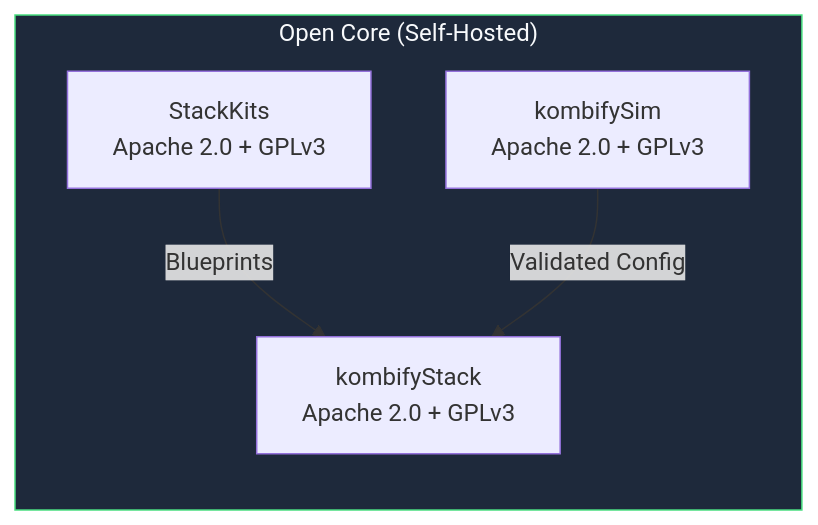
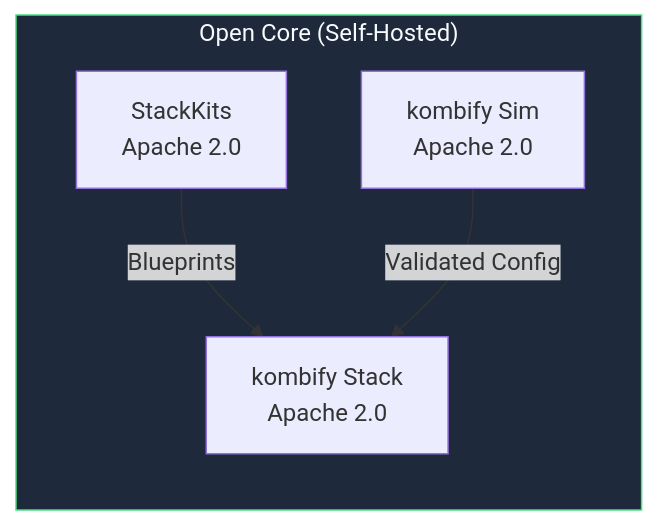
One commit to KombiverseLabs/docs changed the third of 8 diagrams in ecosystem.mdx. Above: the diagram before and after it, drawn with Mermaid. The commit also changed other lines of this file and 35 other files, not shown here.

````diff
--- a/ecosystem.mdx
+++ b/ecosystem.mdx
@@ -121,13 +121,13 @@
 ```mermaid
 graph LR
     subgraph OpenCore["Open Core (Self-Hosted)"]
-        SK["StackKits<br/>Apache 2.0 + GPLv3"]
-        Sim["kombifySim<br/>Apache 2.0 + GPLv3"]
-        Stack["kombifyStack<br/>Apache 2.0 + GPLv3"]
+        SK["StackKits<br/>Apache 2.0"]
+        Sim["kombify Sim<br/>Apache 2.0"]
+        Stack["kombify Stack<br/>Apache 2.0"]
     end
     
     SK -->|Blueprints| Stack
     Sim -->|Validated Config| Stack
     
     style OpenCore fill:#1e293b,stroke:#4ade80,color:#f8fafc
 ```
````
